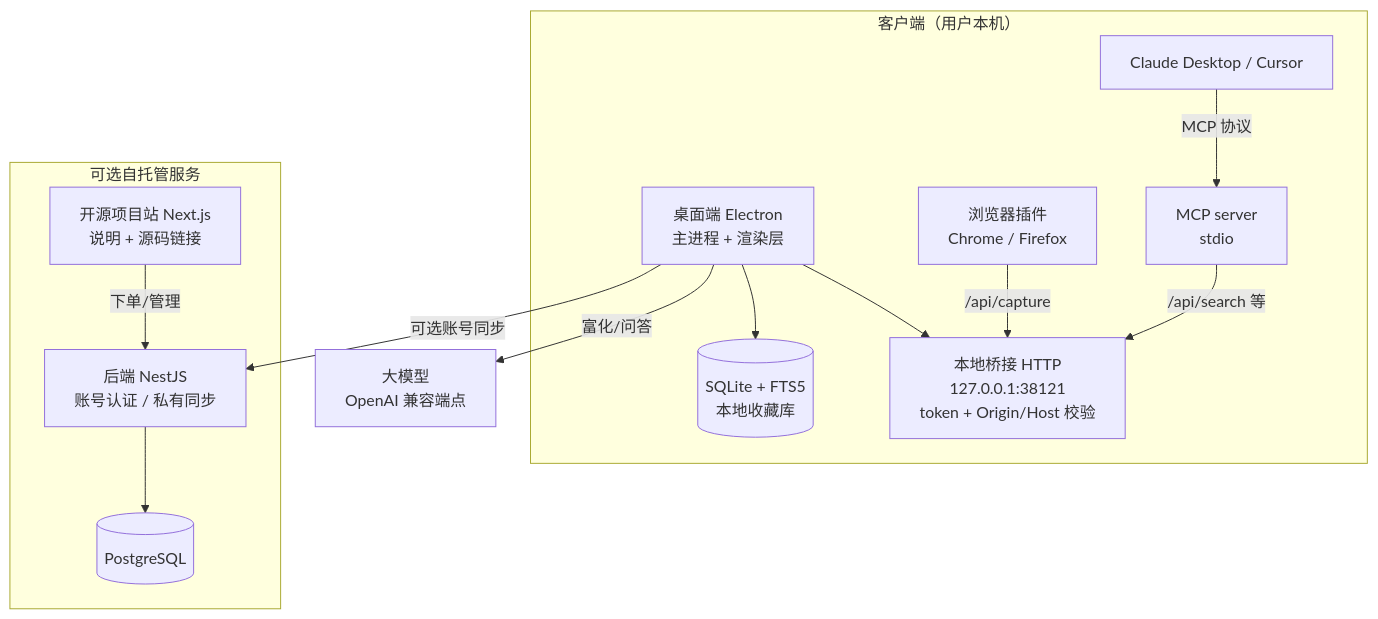
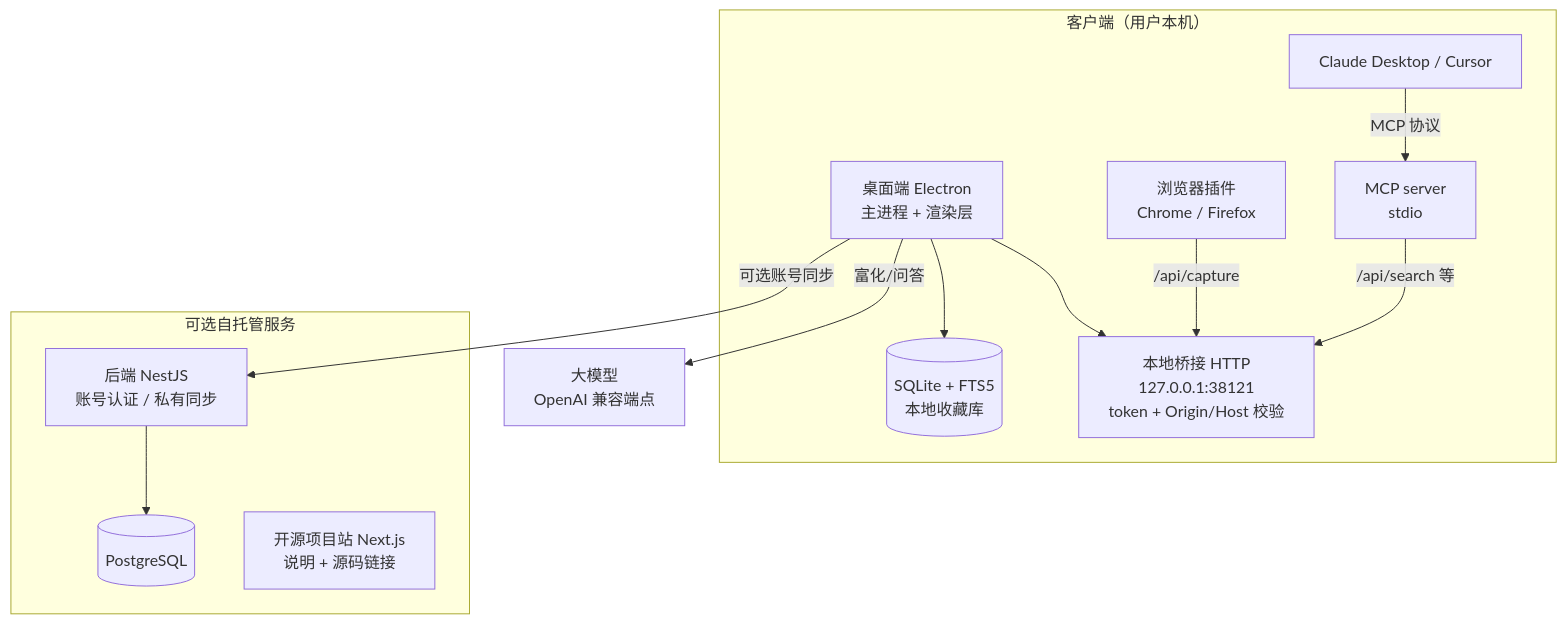
Before and after one commit to gatesenman/zhizang: the first of 2 diagrams in wiki/01-Architecture.md, drawn with Mermaid. The commit also changed other lines of this file and 19 other files, not shown here.

````diff
--- a/wiki/01-Architecture.md
+++ b/wiki/01-Architecture.md
@@ -7,29 +7,28 @@
 ```mermaid
 graph TB
   subgraph Client["客户端（用户本机）"]
     Desktop["桌面端 Electron\n主进程 + 渲染层"]
     SQLite[("SQLite + FTS5\n本地收藏库")]
     Bridge["本地桥接 HTTP\n127.0.0.1:38121\ntoken + Origin/Host 校验"]
     Ext["浏览器插件\nChrome / Firefox"]
     MCP["MCP server\nstdio"]
     AIClient["Claude Desktop / Cursor"]
   end
 
   subgraph Cloud["可选自托管服务"]
     Backend["后端 NestJS\n账号认证 / 私有同步"]
     PG[("PostgreSQL")]
     Portal["开源项目站 Next.js\n说明 + 源码链接"]
   end
 
   LLM["大模型\nOpenAI 兼容端点"]
 
   Desktop --> SQLite
   Desktop --> Bridge
   Ext -->|/api/capture| Bridge
   MCP -->|/api/search 等| Bridge
   AIClient -->|MCP 协议| MCP
   Desktop -->|富化/问答| LLM
   Desktop -->|可选账号同步| Backend
-  Portal -->|下单/管理| Backend
   Backend --> PG
 ```
````
